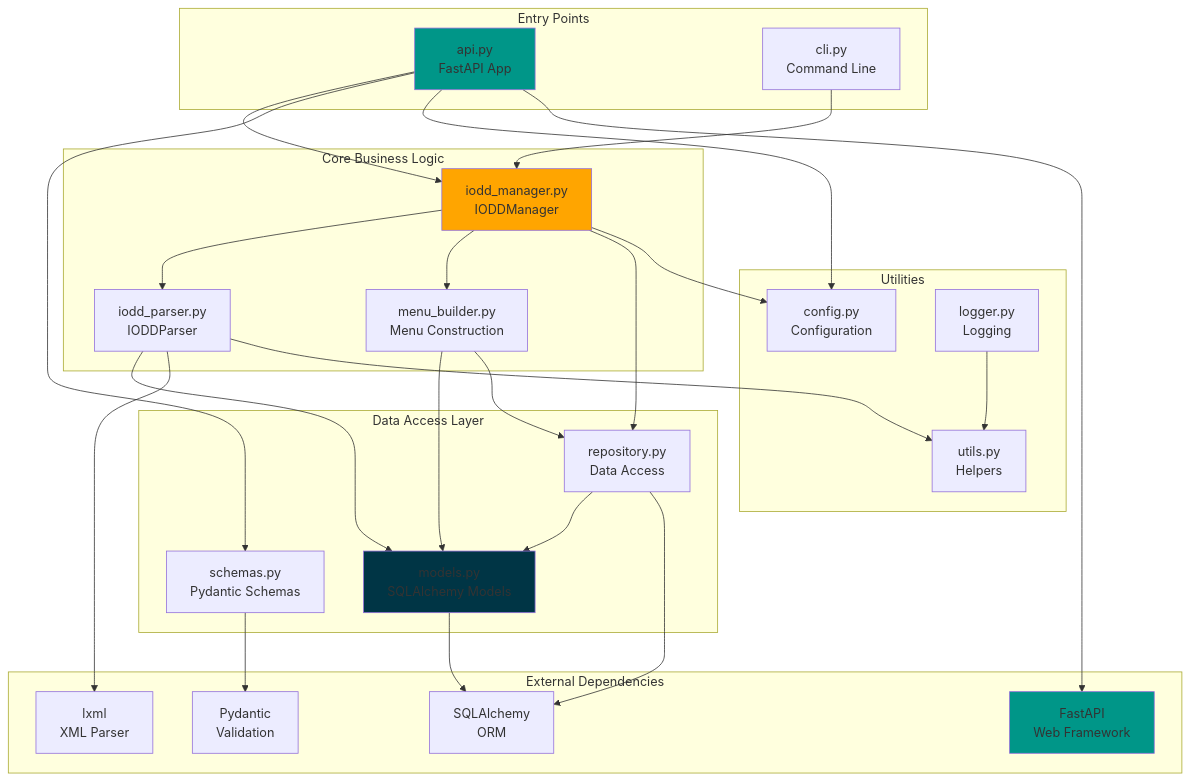
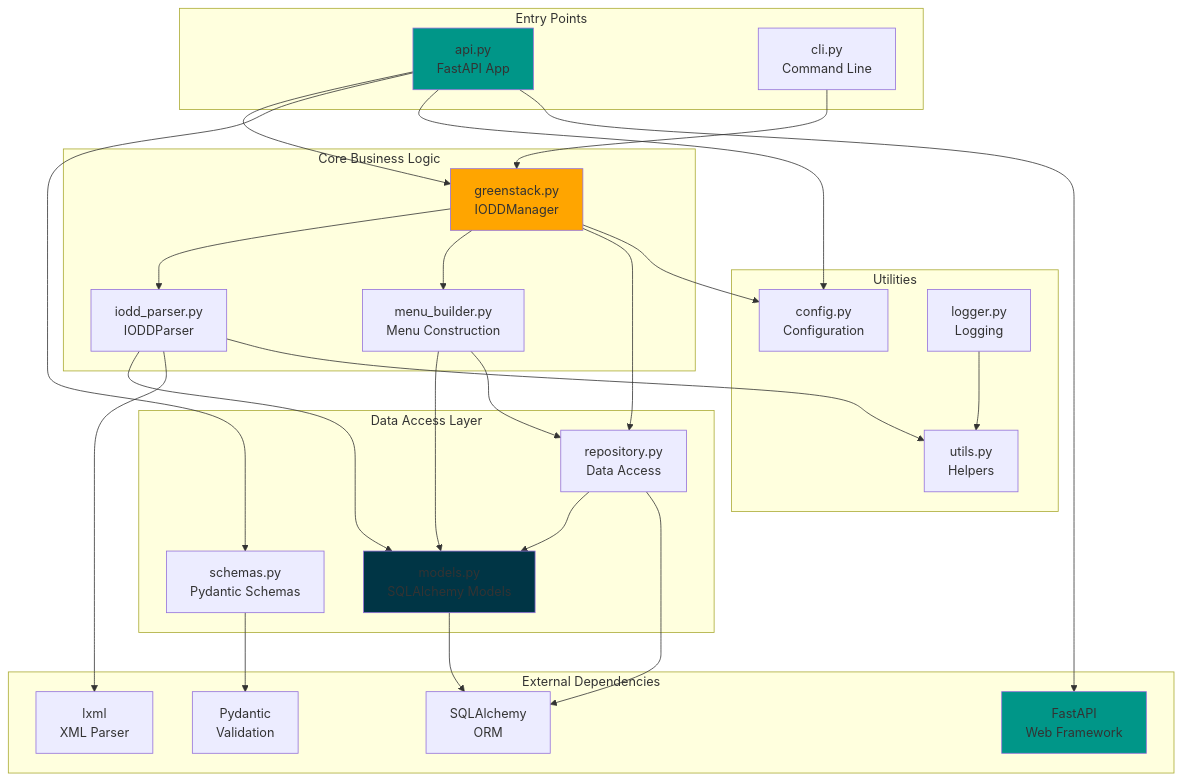
Diagram 28 of 29 in docs/architecture/ARCHITECTURE.md (ME-Catalyst/iodd-manager), drawn with Mermaid before and after one commit. The commit also changed other lines of this file and 69 other files, not shown here.

First line of the commit message:
Complete rebrand from IODD Manager to Greenstack

````diff
--- a/docs/architecture/ARCHITECTURE.md
+++ b/docs/architecture/ARCHITECTURE.md
@@ -1748,63 +1748,63 @@
 ```mermaid
 graph TB
     subgraph "Entry Points"
         API[api.py<br/>FastAPI App]
         CLI[cli.py<br/>Command Line]
     end
 
     subgraph "Core Business Logic"
-        Manager[iodd_manager.py<br/>IODDManager]
+        Manager[greenstack.py<br/>IODDManager]
         Parser[iodd_parser.py<br/>IODDParser]
         MenuBuilder[menu_builder.py<br/>Menu Construction]
     end
 
     subgraph "Data Access Layer"
         Models[models.py<br/>SQLAlchemy Models]
         Schemas[schemas.py<br/>Pydantic Schemas]
         Repo[repository.py<br/>Data Access]
     end
 
     subgraph "Utilities"
         Config[config.py<br/>Configuration]
         Logger[logger.py<br/>Logging]
         Utils[utils.py<br/>Helpers]
     end
 
     subgraph "External Dependencies"
         FastAPI[FastAPI<br/>Web Framework]
         SQLAlchemy[SQLAlchemy<br/>ORM]
         Pydantic[Pydantic<br/>Validation]
         LXML[lxml<br/>XML Parser]
     end
 
     API --> Manager
     API --> Schemas
     API --> Config
     CLI --> Manager
 
     Manager --> Parser
     Manager --> MenuBuilder
     Manager --> Repo
     Manager --> Config
 
     Parser --> Models
     Parser --> LXML
     Parser --> Utils
 
     MenuBuilder --> Models
     MenuBuilder --> Repo
 
     Repo --> Models
     Repo --> SQLAlchemy
 
     Schemas --> Pydantic
     Models --> SQLAlchemy
 
     API --> FastAPI
     Logger --> Utils
 
     style API fill:#009688
     style Manager fill:#ffa500
     style Models fill:#003545
     style FastAPI fill:#009688
 ```
````
